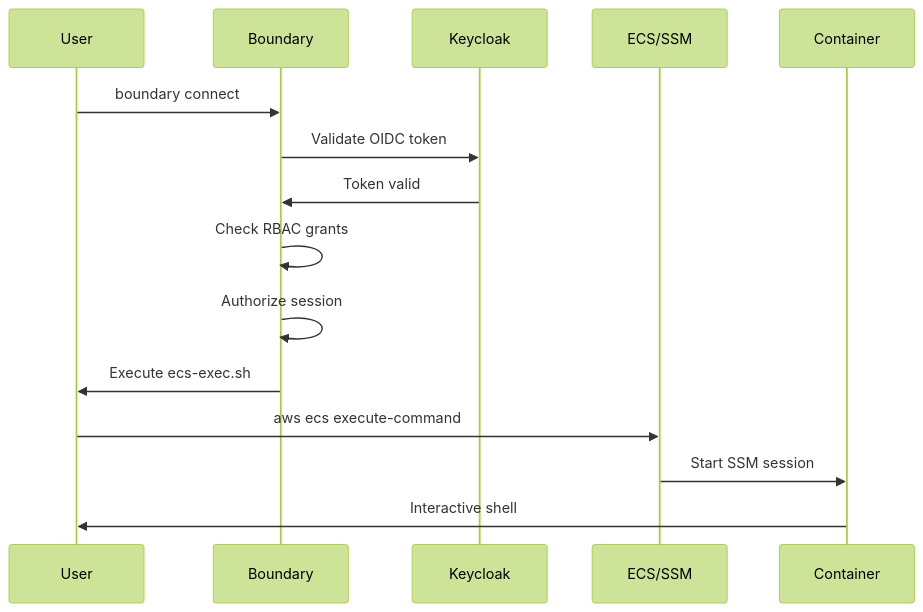
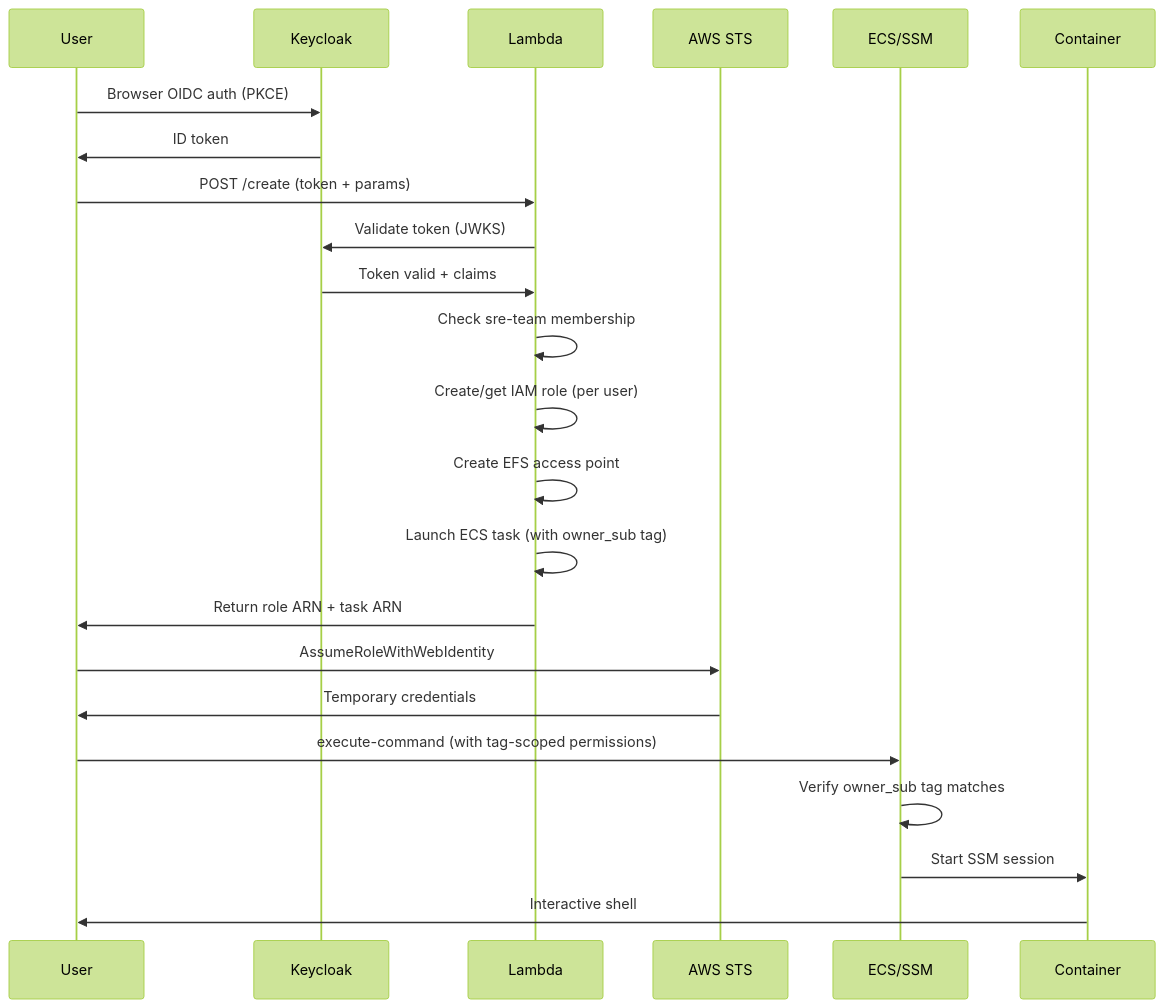
One commit to openshift-online/rosa-boundary changed the second of 2 diagrams in docs/runbooks/investigation-workflow.md. Above: the diagram before and after it, drawn with Mermaid (forest theme). The commit also changed other lines of this file, not shown here.

First line of the commit message:
Remove Boundary references from investigation workflow documentation

````diff
--- a/docs/runbooks/investigation-workflow.md
+++ b/docs/runbooks/investigation-workflow.md
@@ -179,18 +171,26 @@
 ```mermaid
 sequenceDiagram
     participant U as User
-    participant B as Boundary
     participant KC as Keycloak
+    participant L as Lambda
+    participant STS as AWS STS
     participant ECS as ECS/SSM
     participant C as Container
 
-    U->>B: boundary connect
-    B->>KC: Validate OIDC token
-    KC->>B: Token valid
-    B->>B: Check RBAC grants
-    B->>B: Authorize session
-    B->>U: Execute ecs-exec.sh
-    U->>ECS: aws ecs execute-command
+    U->>KC: Browser OIDC auth (PKCE)
+    KC->>U: ID token
+    U->>L: POST /create (token + params)
+    L->>KC: Validate token (JWKS)
+    KC->>L: Token valid + claims
+    L->>L: Check sre-team membership
+    L->>L: Create/get IAM role (per user)
+    L->>L: Create EFS access point
+    L->>L: Launch ECS task (with owner_sub tag)
+    L->>U: Return role ARN + task ARN
+    U->>STS: AssumeRoleWithWebIdentity
+    STS->>U: Temporary credentials
+    U->>ECS: execute-command (with tag-scoped permissions)
+    ECS->>ECS: Verify owner_sub tag matches
     ECS->>C: Start SSM session
     C->>U: Interactive shell
 ```
````
